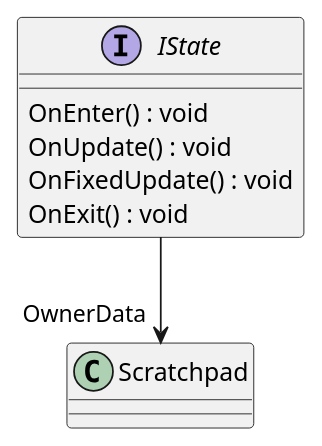
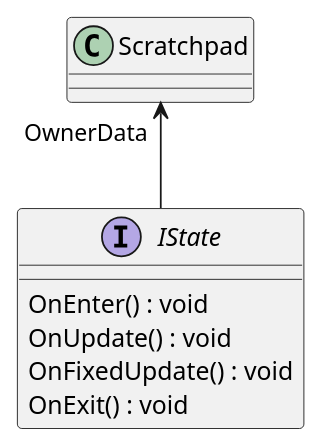
One commit to hiroshi-mcbride/kmgdev-game-arch2 changed the diagram in Assets/UML/Scripts/_COMMON/Interfaces/IState.puml. Above: the diagram before and after it, drawn with PlantUML. The commit also changed 30 other files, not shown here.

Commit message:
add IStateRunner fsm dependency. update uml

```diff
--- a/Assets/UML/Scripts/_COMMON/Interfaces/IState.puml
+++ b/Assets/UML/Scripts/_COMMON/Interfaces/IState.puml
@@ -1,9 +1,9 @@
 @startuml
 interface IState {
     OnEnter() : void
     OnUpdate() : void
     OnFixedUpdate() : void
     OnExit() : void
 }
-IState --> "OwnerData" Scratchpad
+IState -up-> "OwnerData" Scratchpad
 @enduml
```
